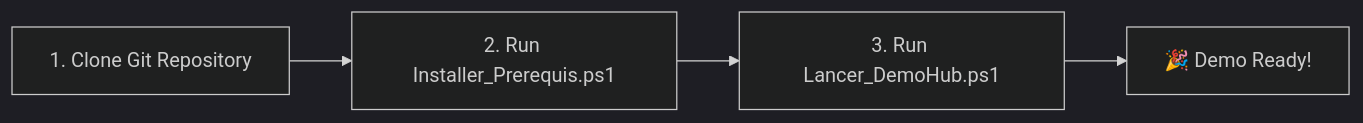
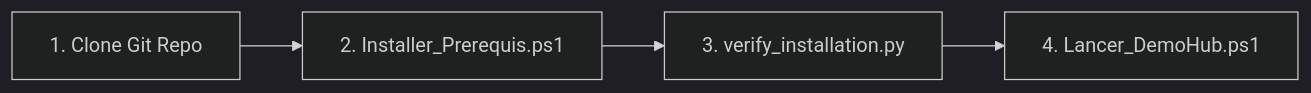
Before and after one commit to JuGhithub/CopilotPlusDemoHub: the second of 2 diagrams in README.md, drawn with Mermaid (dark theme). The commit also changed other lines of this file and 7 other files, not shown here.

````diff
--- a/README.md
+++ b/README.md
@@ -147,6 +146,6 @@
 ```mermaid
 flowchart LR
-    Clone["1. Clone Git Repository"] --> Install["2. Run Installer_Prerequis.ps1"]
-    Install --> Run["3. Run Lancer_DemoHub.ps1"]
-    Run --> Enjoy["🎉 Demo Ready!"]
+    Clone["1. Clone Git Repo"] --> Install["2. Installer_Prerequis.ps1"]
+    Install --> Verify["3. verify_installation.py"]
+    Verify --> Run["4. Lancer_DemoHub.ps1"]
 ```
````
